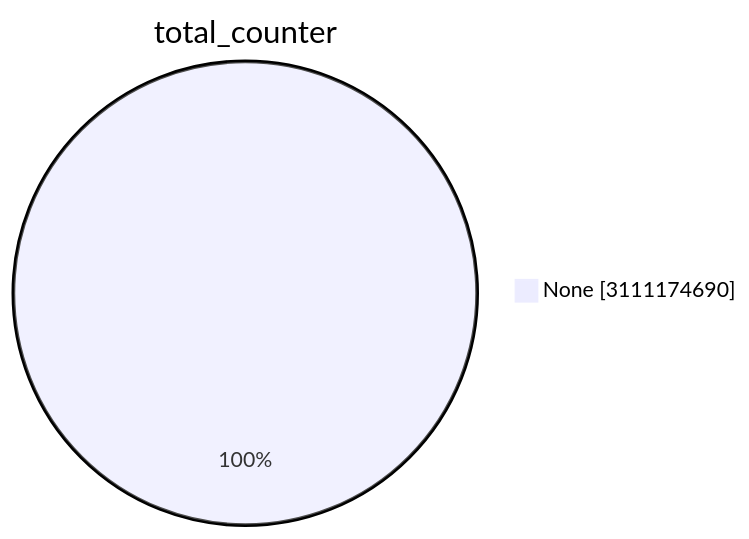
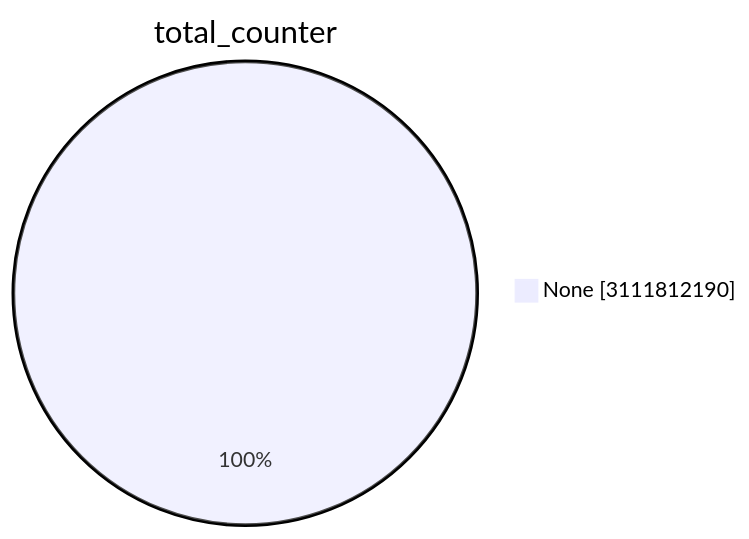
The first of 15 diagrams in TOTAL/README.md (christiankrug/ctmonitor_visualization), drawn with Mermaid before and after one commit. The commit also changed other lines of this file, not shown here.

````diff
--- a/TOTAL/README.md
+++ b/TOTAL/README.md
@@ -1,5 +1,5 @@
 ```mermaid
 pie showData
 title total_counter
-"None" :3111174690
+"None" :3111812190
 ```
````
